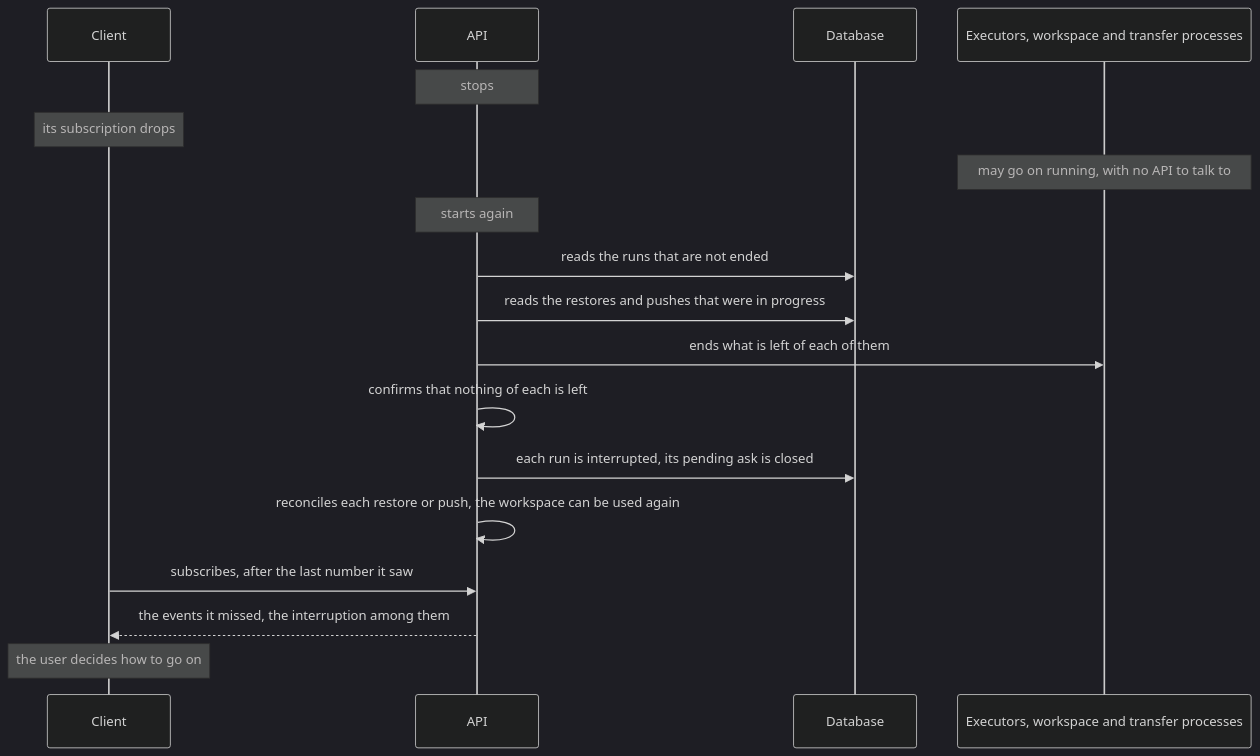
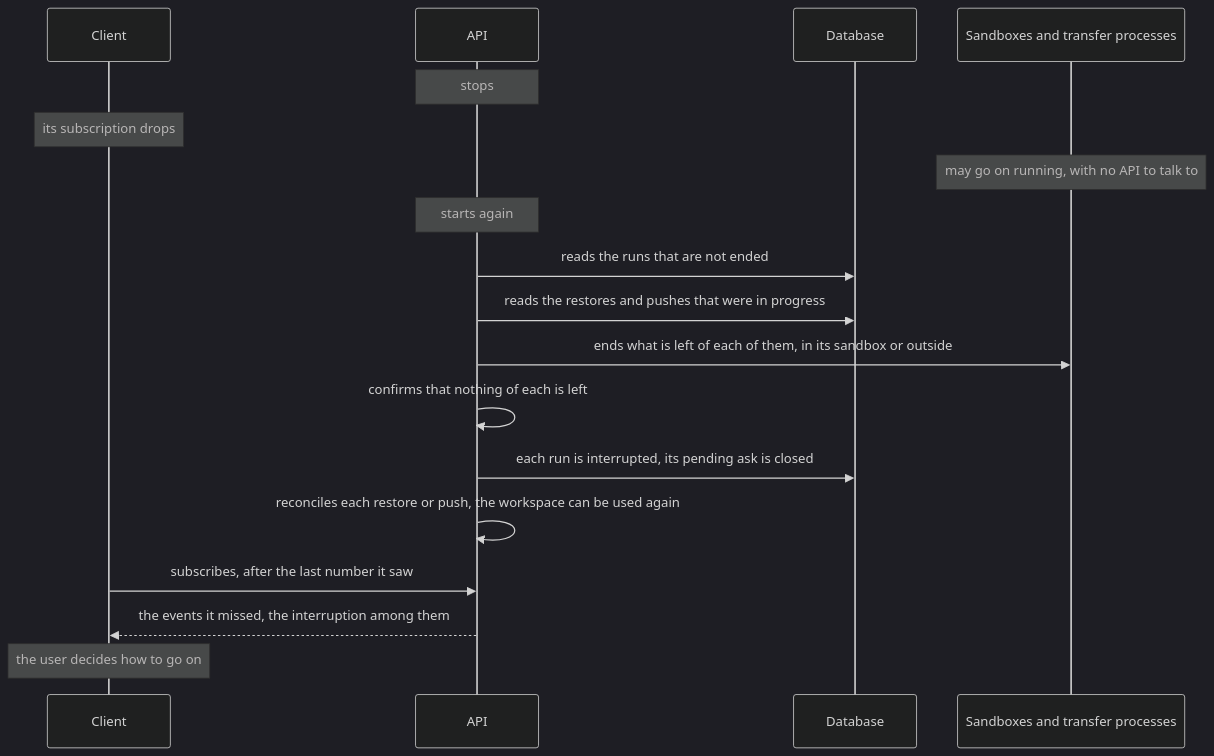
The diagram in flows/restart.md (Mikode13/harness-docs), drawn with Mermaid (dark theme) before and after one commit. The commit also changed 14 other files, not shown here.

````diff
--- a/flows/restart.md
+++ b/flows/restart.md
@@ -14,23 +14,23 @@
 ```mermaid
 sequenceDiagram
     participant C as Client
     participant A as API
     participant D as Database
-    participant P as Executors, workspace and transfer processes
+    participant P as Sandboxes and transfer processes
 
     Note over A: stops
     Note over C: its subscription drops
     Note over P: may go on running, with no API to talk to
 
     Note over A: starts again
     A->>D: reads the runs that are not ended
     A->>D: reads the restores and pushes that were in progress
-    A->>P: ends what is left of each of them
+    A->>P: ends what is left of each of them, in its sandbox or outside
     A->>A: confirms that nothing of each is left
     A->>D: each run is interrupted, its pending ask is closed
     A->>A: reconciles each restore or push, the workspace can be used again
 
     C->>A: subscribes, after the last number it saw
     A-->>C: the events it missed, the interruption among them
     Note over C: the user decides how to go on
 ```
````
